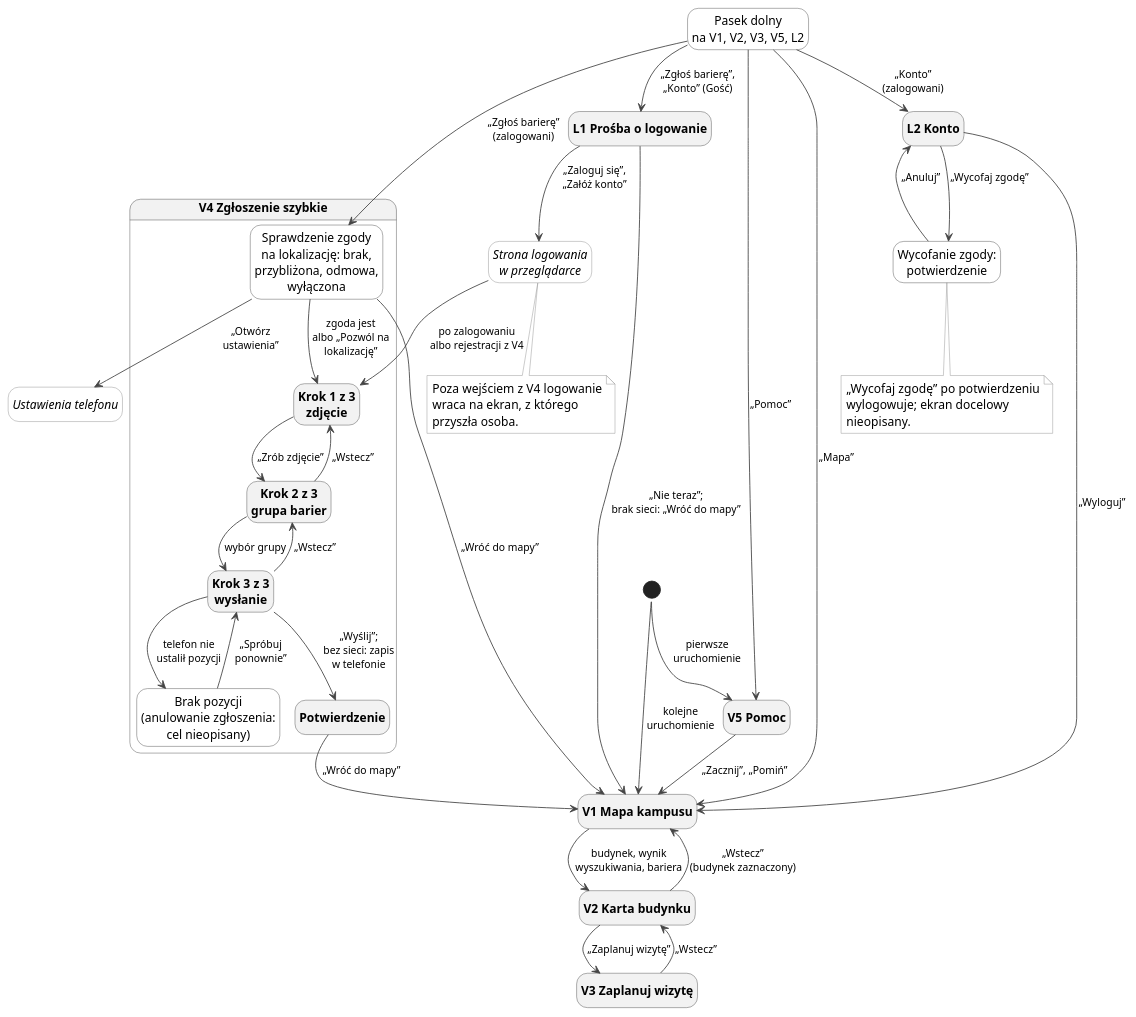
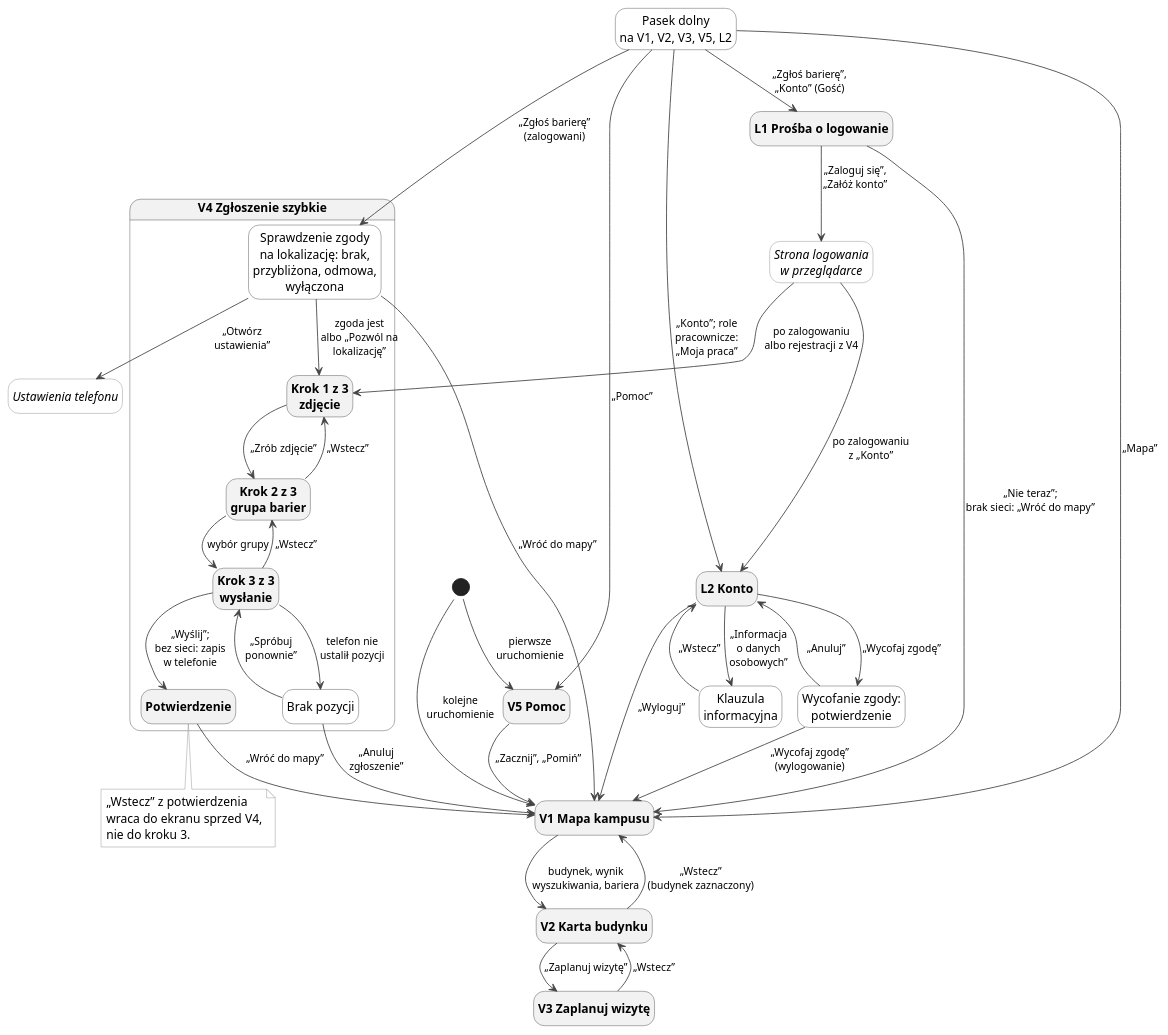
Before and after one commit to dostepny-kampus/dostepny-kampus: the diagram in docs/docs/ux/nawigacja-odwiedzajacy.puml, drawn with PlantUML. The commit also changed 2 other files, not shown here.

Commit message:
docs(ux): fix navigation diagrams for work entry, cancel and consent targets

```diff
--- a/docs/docs/ux/nawigacja-odwiedzajacy.puml
+++ b/docs/docs/ux/nawigacja-odwiedzajacy.puml
@@ -1,92 +1,92 @@
 @startuml
 !pragma layout smetana
 hide empty description
 skinparam defaultFontSize 14
 skinparam ArrowColor #444444
 skinparam ArrowFontSize 12
 skinparam state {
   BackgroundColor #F2F2F2
   BorderColor #444444
   FontStyle bold
 }
 skinparam state<<poza>> {
   BackgroundColor #FFFFFF
   BorderColor #888888
   FontStyle italic
 }
 skinparam state<<stan>> {
   BackgroundColor #FFFFFF
   BorderColor #444444
   FontStyle normal
 }
 skinparam note {
   BackgroundColor #FFFFFF
   BorderColor #888888
 }
 
 state "V5 Pomoc" as V5
 state "V1 Mapa kampusu" as V1
 state "V2 Karta budynku" as V2
 state "V3 Zaplanuj wizytę" as V3
 state "Pasek dolny\nna V1, V2, V3, V5, L2" as PASEK <<stan>>
 state "L1 Prośba o logowanie" as L1
 state "L2 Konto" as L2
+state "Klauzula\ninformacyjna" as KL <<stan>>
 state "Wycofanie zgody:\npotwierdzenie" as WZ <<stan>>
 state "Strona logowania\nw przeglądarce" as WWW <<poza>>
 state "Ustawienia telefonu" as UST <<poza>>
 
 state "V4 Zgłoszenie szybkie" as V4 {
   state "Sprawdzenie zgody\nna lokalizację: brak,\nprzybliżona, odmowa,\nwyłączona" as ZG <<stan>>
   state "Krok 1 z 3\nzdjęcie" as K1
   state "Krok 2 z 3\ngrupa barier" as K2
   state "Krok 3 z 3\nwysłanie" as K3
-  state "Brak pozycji\n(anulowanie zgłoszenia:\ncel nieopisany)" as BP <<stan>>
+  state "Brak pozycji" as BP <<stan>>
   state "Potwierdzenie" as POT
 }
 
 [*] --> V5 : pierwsze\nuruchomienie
 [*] --> V1 : kolejne\nuruchomienie
 V5 --> V1 : „Zacznij”, „Pomiń”
 V1 --> V2 : budynek, wynik\nwyszukiwania, bariera
 V2 --> V1 : „Wstecz”\n(budynek zaznaczony)
 V2 --> V3 : „Zaplanuj wizytę”
 V3 --> V2 : „Wstecz”
 
 PASEK --> V1 : „Mapa”
 PASEK --> V5 : „Pomoc”
 PASEK --> ZG : „Zgłoś barierę”\n(zalogowani)
 PASEK --> L1 : „Zgłoś barierę”,\n„Konto” (Gość)
-PASEK --> L2 : „Konto”\n(zalogowani)
+PASEK --> L2 : „Konto”; role\npracownicze:\n„Moja praca”
 
 ZG --> K1 : zgoda jest\nalbo „Pozwól na\nlokalizację”
 ZG --> UST : „Otwórz\nustawienia”
 ZG --> V1 : „Wróć do mapy”
 K1 --> K2 : „Zrób zdjęcie”
 K2 --> K3 : wybór grupy
 K2 --> K1 : „Wstecz”
 K3 --> K2 : „Wstecz”
 K3 --> POT : „Wyślij”;\nbez sieci: zapis\nw telefonie
 K3 --> BP : telefon nie\nustalił pozycji
 BP --> K3 : „Spróbuj\nponownie”
+BP --> V1 : „Anuluj\nzgłoszenie”
 POT --> V1 : „Wróć do mapy”
 
 L1 --> WWW : „Zaloguj się”,\n„Załóż konto”
 WWW --> K1 : po zalogowaniu\nalbo rejestracji z V4
+WWW --> L2 : po zalogowaniu\nz „Konto”
 L1 --> V1 : „Nie teraz”;\nbrak sieci: „Wróć do mapy”
 
 L2 --> V1 : „Wyloguj”
 L2 --> WZ : „Wycofaj zgodę”
 WZ --> L2 : „Anuluj”
+WZ --> V1 : „Wycofaj zgodę”\n(wylogowanie)
+L2 --> KL : „Informacja\no danych\nosobowych”
+KL --> L2 : „Wstecz”
 
-note bottom of WWW
-  Poza wejściem z V4 logowanie
-  wraca na ekran, z którego
-  przyszła osoba.
-end note
-
-note bottom of WZ
-  „Wycofaj zgodę” po potwierdzeniu
-  wylogowuje; ekran docelowy
-  nieopisany.
+note bottom of POT
+  „Wstecz” z potwierdzenia
+  wraca do ekranu sprzed V4,
+  nie do kroku 3.
 end note
 @enduml
```
